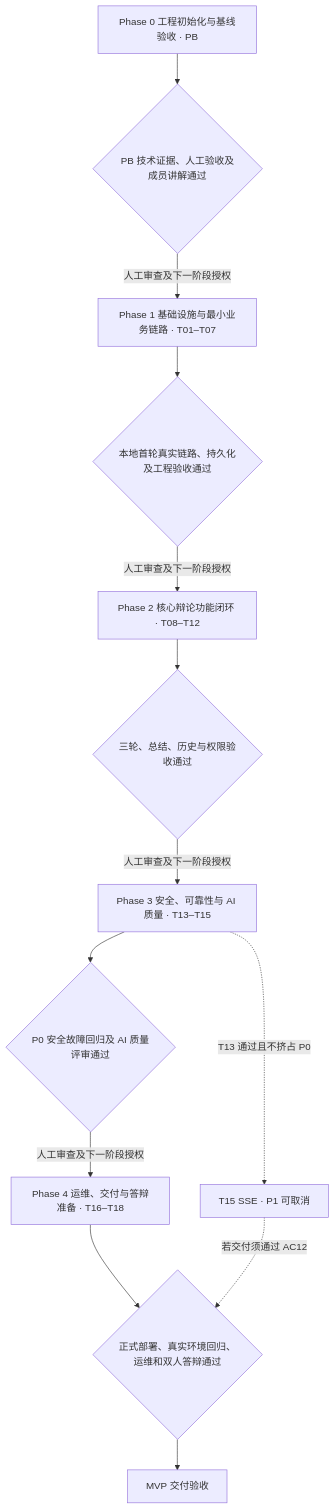
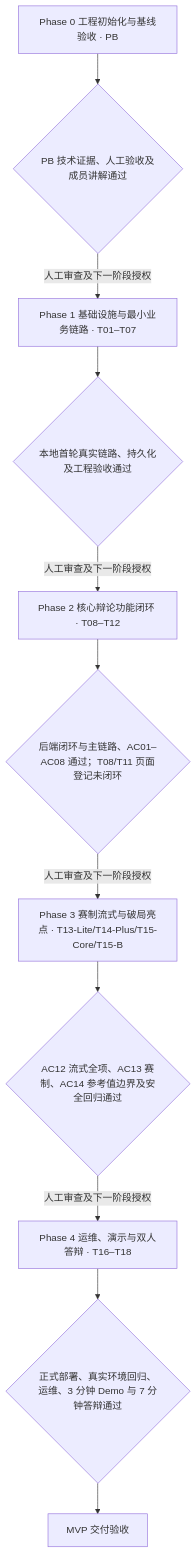
Before and after one commit to bingqilin456/DebateForge: the diagram in docs/planning/PLAN.md, drawn with Mermaid. The commit also changed other lines of this file and 1 other file, not shown here.

First line of the commit message:
docs(planning): Phase 2 结项、Phase 3 重排为赛制流式攻坚

````diff
--- a/docs/planning/PLAN.md
+++ b/docs/planning/PLAN.md
@@ -57,15 +57,13 @@
 ```mermaid
 flowchart TD
     P0["Phase 0 工程初始化与基线验收 · PB"] --> G0{"PB 技术证据、人工验收及成员讲解通过"}
     G0 -->|人工审查及下一阶段授权| P1["Phase 1 基础设施与最小业务链路 · T01–T07"]
     P1 --> G1{"本地首轮真实链路、持久化及工程验收通过"}
     G1 -->|人工审查及下一阶段授权| P2["Phase 2 核心辩论功能闭环 · T08–T12"]
-    P2 --> G2{"三轮、总结、历史与权限验收通过"}
-    G2 -->|人工审查及下一阶段授权| P3["Phase 3 安全、可靠性与 AI 质量 · T13–T15"]
-    P3 --> G3{"P0 安全故障回归及 AI 质量评审通过"}
-    P3 -.->|T13 通过且不挤占 P0| S["T15 SSE · P1 可取消"]
-    G3 -->|人工审查及下一阶段授权| P4["Phase 4 运维、交付与答辩准备 · T16–T18"]
-    P4 --> G4{"正式部署、真实环境回归、运维和双人答辩通过"}
-    S -.->|若交付须通过 AC12| G4
+    P2 --> G2{"后端闭环与主链路、AC01–AC08 通过；T08/T11 页面登记未闭环"}
+    G2 -->|人工审查及下一阶段授权| P3["Phase 3 赛制流式与破局亮点 · T13-Lite/T14-Plus/T15-Core/T15-B"]
+    P3 --> G3{"AC12 流式全项、AC13 赛制、AC14 参考值边界及安全回归通过"}
+    G3 -->|人工审查及下一阶段授权| P4["Phase 4 运维、演示与双人答辩 · T16–T18"]
+    P4 --> G4{"正式部署、真实环境回归、运维、3 分钟 Demo 与 7 分钟答辩通过"}
     G4 --> D["MVP 交付验收"]
 ```
````
